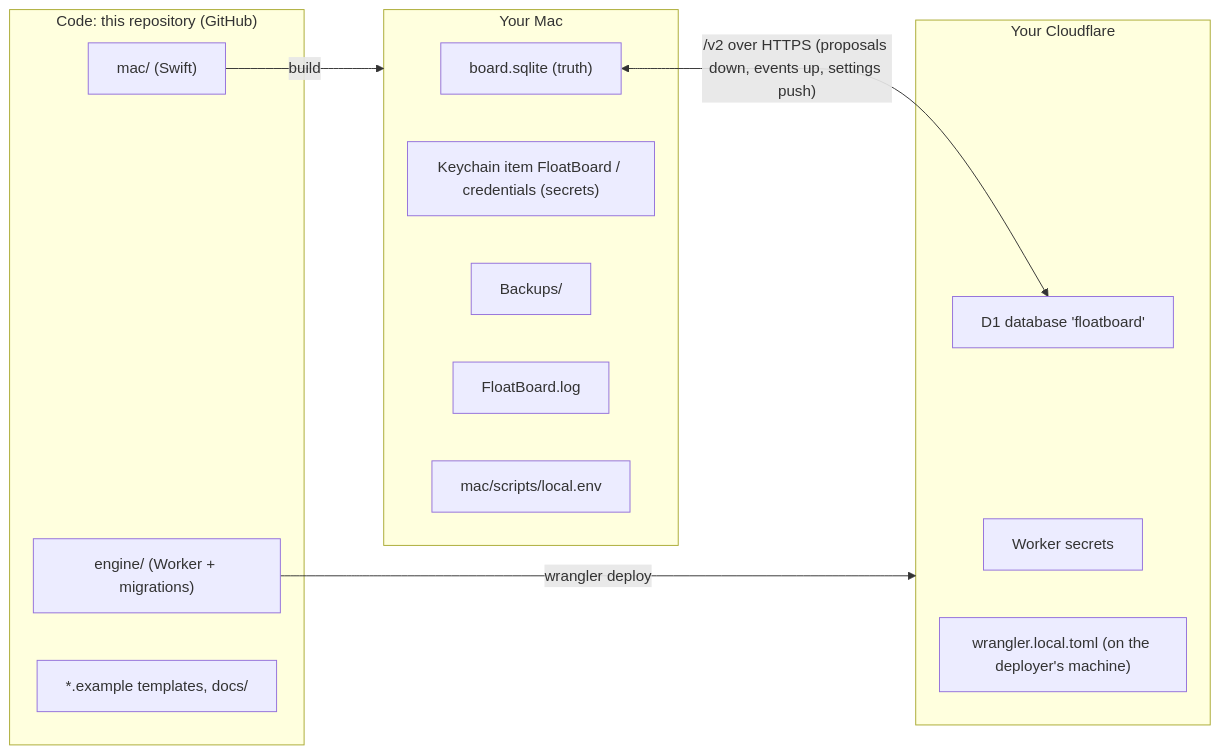
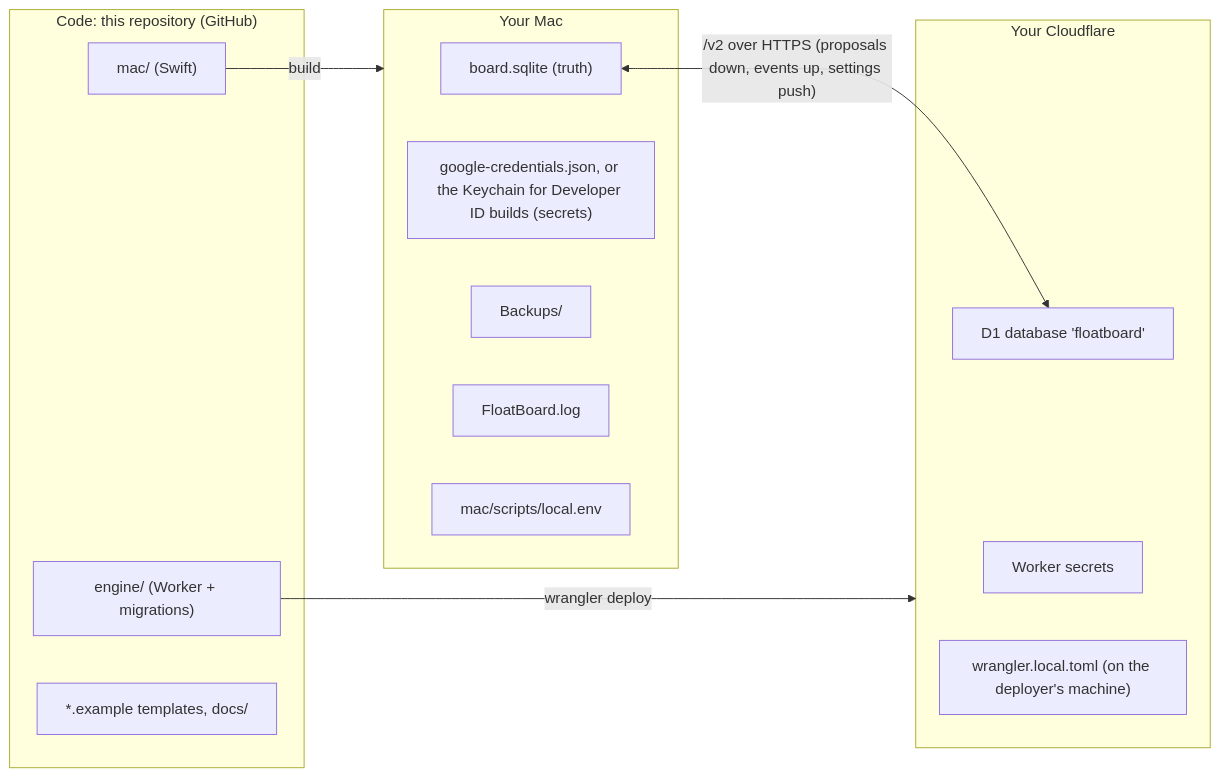
One commit to XijunZ/floatboard changed the first of 4 diagrams in docs/data-model.md. Above: the diagram before and after it, drawn with Mermaid. The commit also changed other lines of this file and 17 other files, not shown here.

Commit message:
WeChat from macOS's notification history (Connections › Inputs, engine accepts 'wechat'); keys back in the private file for builds without an Apple Developer ID (the Keychain asked again after every rebuild and held the app at launch)

````diff
--- a/docs/data-model.md
+++ b/docs/data-model.md
@@ -28,23 +28,23 @@
 ```mermaid
 flowchart LR
   subgraph Code["Code: this repository (GitHub)"]
     C1["mac/ (Swift)"]
     C2["engine/ (Worker + migrations)"]
     C3["*.example templates, docs/"]
   end
   subgraph Mac["Your Mac"]
     M1["board.sqlite (truth)"]
-    M2["Keychain item FloatBoard / credentials (secrets)"]
+    M2["google-credentials.json, or the Keychain for Developer ID builds (secrets)"]
     M3["Backups/"]
     M4["FloatBoard.log"]
     M5["mac/scripts/local.env"]
   end
   subgraph CF["Your Cloudflare"]
     F1["D1 database 'floatboard'"]
     F2["Worker secrets"]
     F3["wrangler.local.toml (on the deployer's machine)"]
   end
   C1 -- "build" --> Mac
   C2 -- "wrangler deploy" --> CF
   M1 <-- "/v2 over HTTPS (proposals down, events up, settings push)" --> F1
 ```
````
